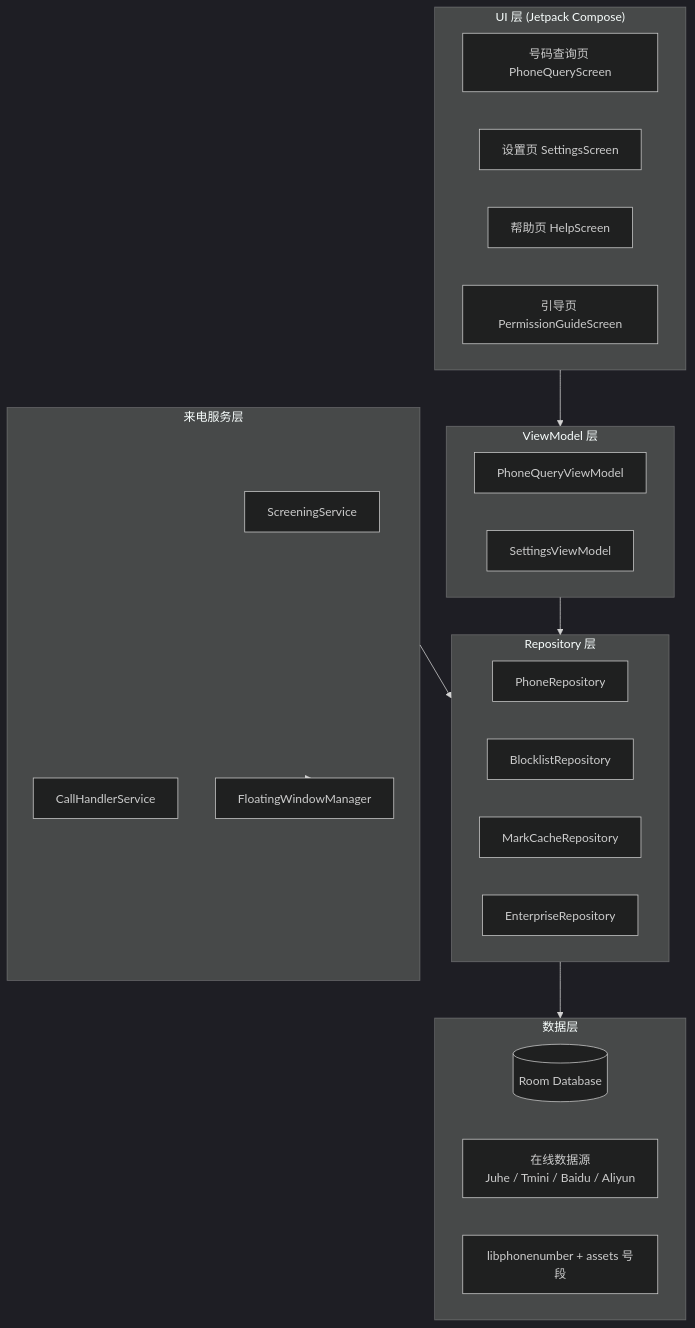
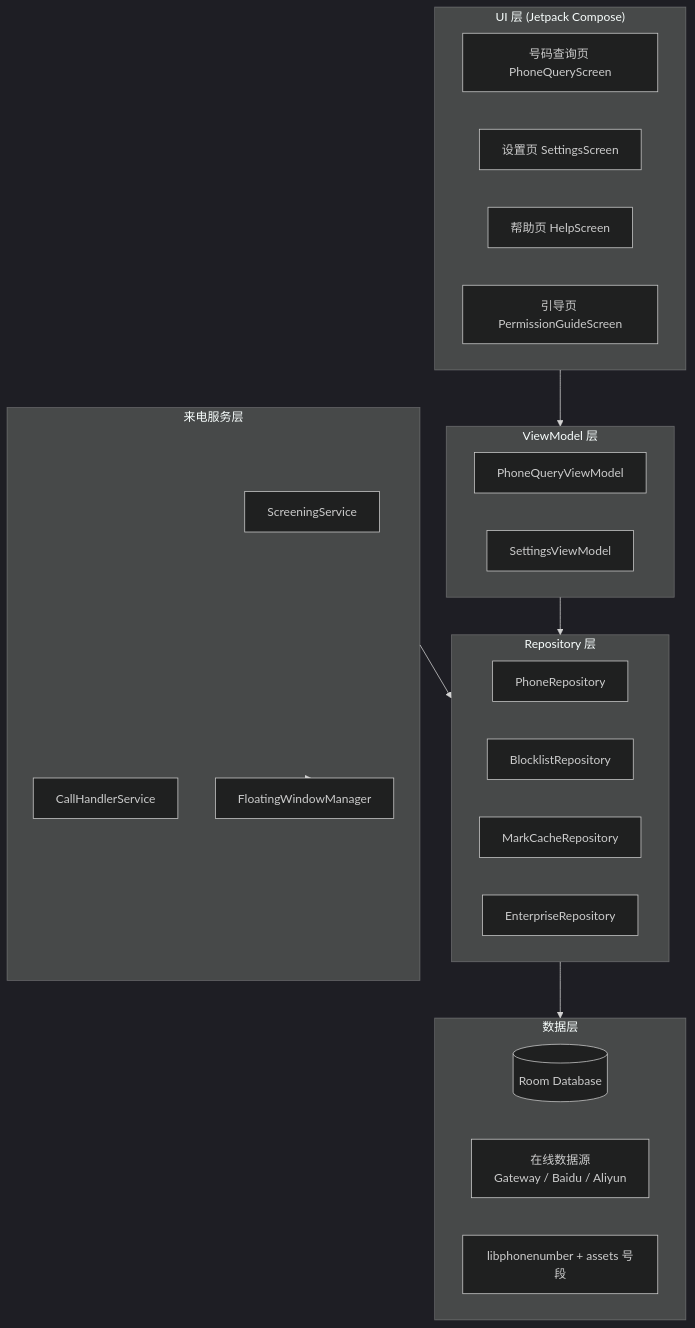
The first of 2 diagrams in README.md (deep2code/refuse-phone), drawn with Mermaid (dark theme) before and after one commit. The commit also changed 23 other files, not shown here.

Commit message:
refactor: replace juhe/qcc/aiqicha sources with single configurable external gateway (default http://114.55.170.79:5050)

````diff
--- a/README.md
+++ b/README.md
@@ -45,39 +45,39 @@
 ```mermaid
 flowchart TB
     subgraph UI["UI 层 (Jetpack Compose)"]
         A[号码查询页 PhoneQueryScreen]
         B[设置页 SettingsScreen]
         C[帮助页 HelpScreen]
         D[引导页 PermissionGuideScreen]
     end
 
     subgraph VM["ViewModel 层"]
         VM1[PhoneQueryViewModel]
         VM2[SettingsViewModel]
     end
 
     subgraph Repo["Repository 层"]
         R1[PhoneRepository]
         R2[BlocklistRepository]
         R3[MarkCacheRepository]
         R4[EnterpriseRepository]
     end
 
     subgraph Data["数据层"]
         DB[(Room Database)]
-        Net[在线数据源<br/>Juhe / Tmini / Baidu / Aliyun]
+        Net[在线数据源<br/>Gateway / Baidu / Aliyun]
         Lib[libphonenumber + assets 号段]
     end
 
     subgraph Call["来电服务层"]
         CS[ScreeningService]
         CH[CallHandlerService]
         FM[FloatingWindowManager]
     end
 
     UI --> VM
     VM --> Repo
     Repo --> Data
     Call --> Repo
     Call --> FM
 ```
````
